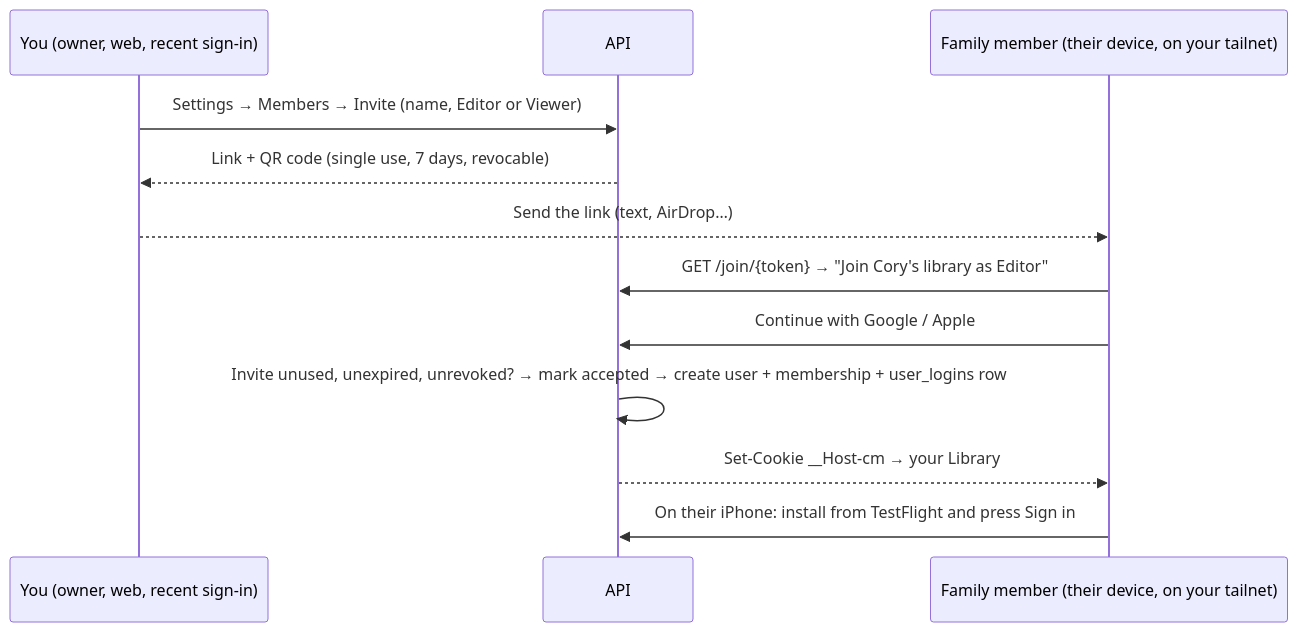
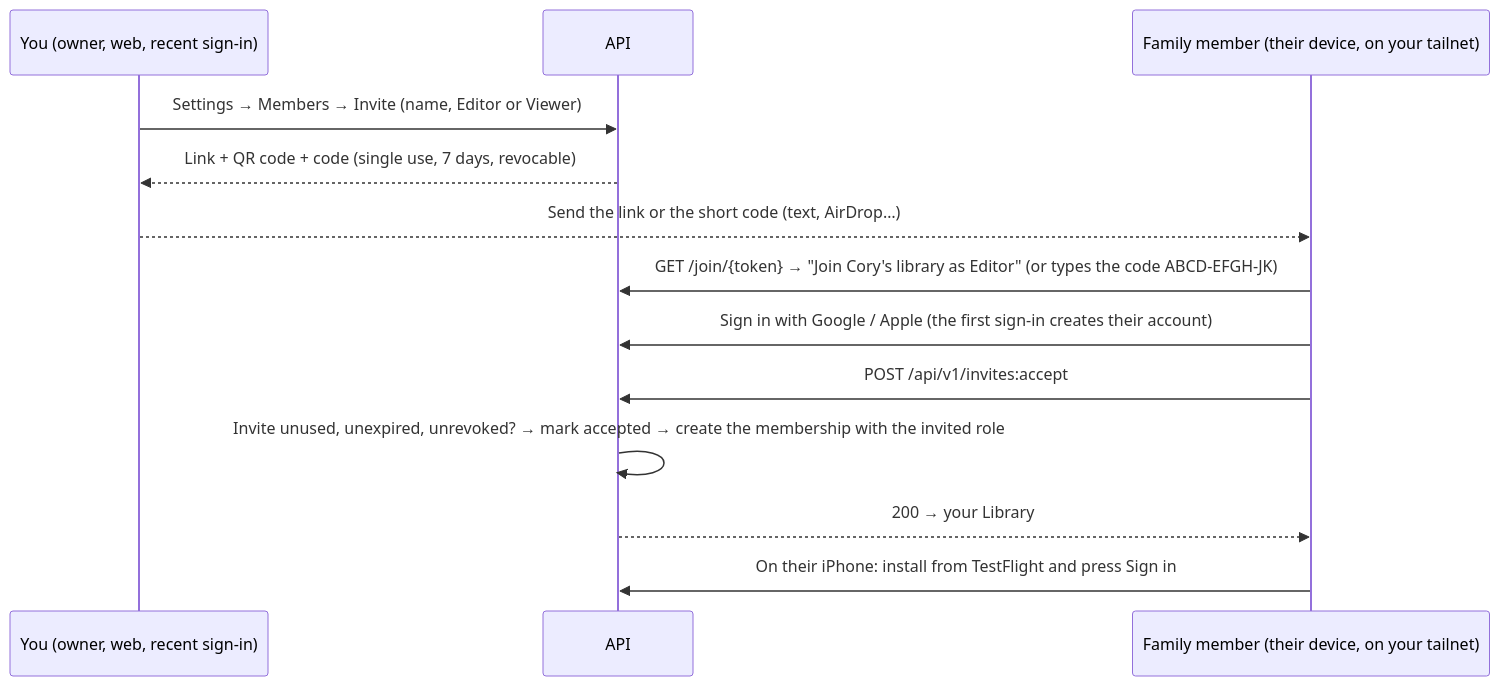
Before and after one commit to coryfinnegan/CollectionMaxxing: the third of 3 diagrams in docs/07-authentication-and-authorization.md, drawn with Mermaid. The commit also changed other lines of this file and 14 other files, not shown here.

Commit message:
Docs for accounts, libraries and invites; working host commands

````diff
--- a/docs/07-authentication-and-authorization.md
+++ b/docs/07-authentication-and-authorization.md
@@ -102,14 +97,15 @@
 ```mermaid
 sequenceDiagram
   participant O as You (owner, web, recent sign-in)
   participant API as API
   participant F as Family member (their device, on your tailnet)
   O->>API: Settings → Members → Invite (name, Editor or Viewer)
-  API-->>O: Link + QR code (single use, 7 days, revocable)
-  O-->>F: Send the link (text, AirDrop…)
-  F->>API: GET /join/{token} → "Join Cory's library as Editor"
-  F->>API: Continue with Google / Apple
-  API->>API: Invite unused, unexpired, unrevoked? → mark accepted → create user + membership + user_logins row
-  API-->>F: Set-Cookie __Host-cm → your Library
+  API-->>O: Link + QR code + code (single use, 7 days, revocable)
+  O-->>F: Send the link or the short code (text, AirDrop…)
+  F->>API: GET /join/{token} → "Join Cory's library as Editor" (or types the code ABCD-EFGH-JK)
+  F->>API: Sign in with Google / Apple (the first sign-in creates their account)
+  F->>API: POST /api/v1/invites:accept
+  API->>API: Invite unused, unexpired, unrevoked? → mark accepted → create the membership with the invited role
+  API-->>F: 200 → your Library
   F->>API: On their iPhone: install from TestFlight and press Sign in
 ```
````
